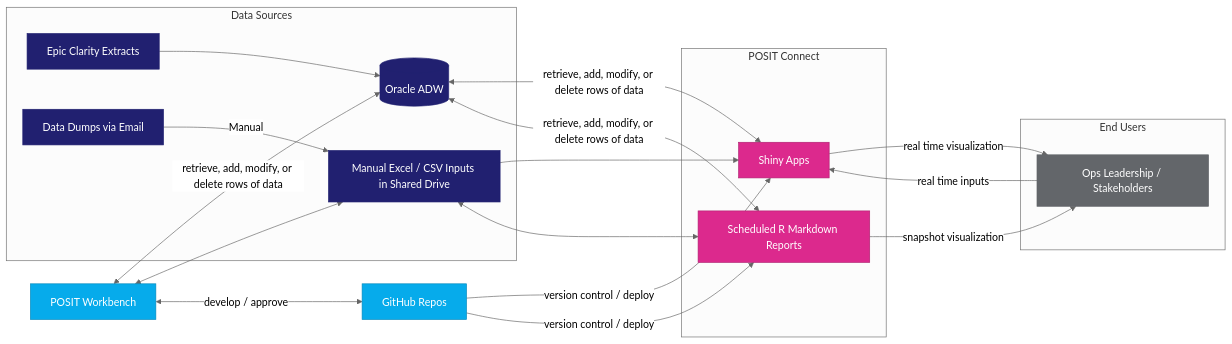
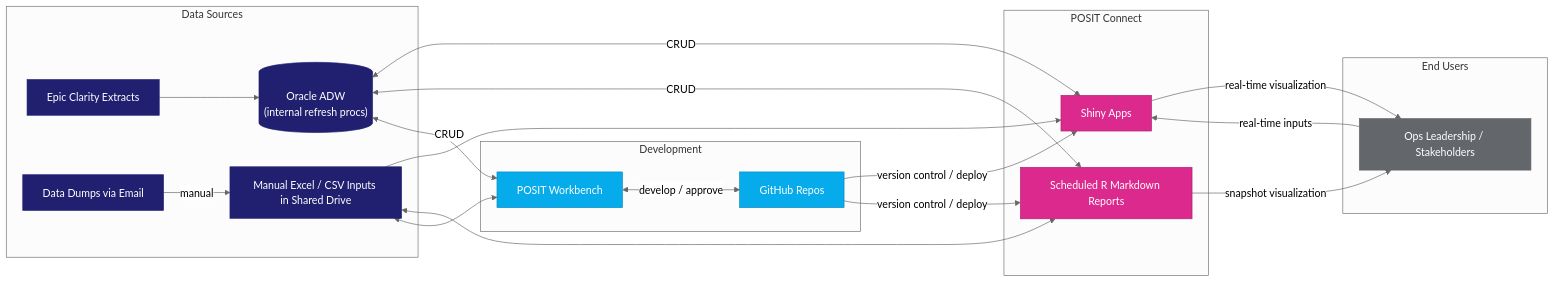
The diagram in Databricks/README.md (MSHS-OAO/Databricks-Tableau-User-Guide), drawn with Mermaid (neutral theme) before and after one commit. The commit also changed other lines of this file, not shown here.

Commit message:
Update flowchart in README.md for clarity

````diff
--- a/Databricks/README.md
+++ b/Databricks/README.md
@@ -2,47 +2,44 @@
 ```mermaid
 flowchart LR
     subgraph Sources["Data Sources"]
         EPIC[Epic Clarity Extracts]
-        ORA[(Oracle ADW)]
+        ORA[("Oracle ADW<br>(internal refresh procs)")]
         EMAIL[Data Dumps via Email]
         XLS[Manual Excel / CSV Inputs in Shared Drive]
     end
-
+    subgraph DevOps["Development"]
+        RS[POSIT Workbench]
+        GH[GitHub Repos]
+    end
     subgraph Deploy["POSIT Connect"]
         SHINY[Shiny Apps]
         RPT[Scheduled R Markdown Reports]
     end
-
-    GH[GitHub Repos]
-    RS[POSIT Workbench]
-
     subgraph Users["End Users"]
         USR[Ops Leadership / Stakeholders]
     end
 
     EPIC --> ORA
-    ORA <-->|retrieve, add, modify, or delete rows of data| SHINY
-    ORA <-->|retrieve, add, modify, or delete rows of data| RPT
-    EMAIL -->|Manual| XLS
+    EMAIL -->|manual| XLS
+    ORA <-->|CRUD| SHINY
+    ORA <-->|CRUD| RPT
+    ORA <-->|CRUD| RS
     XLS --> SHINY
     XLS <--> RPT
+    XLS <--> RS
+    RS <-->|develop / approve| GH
     GH -->|version control / deploy| SHINY
     GH -->|version control / deploy| RPT
-    SHINY -->|real time visualization| USR
+    SHINY -->|real-time visualization| USR
     RPT -->|snapshot visualization| USR
-    USR -->|real time inputs| SHINY
-    RS <-->|develop / approve|GH
-    RS <-->|retrieve, add, modify, or delete rows of data| ORA
-    RS <--> XLS
-    
+    USR -->|real-time inputs| SHINY
 
     classDef navy fill:#212070,stroke:#212070,color:#ffffff
     classDef cyan fill:#06ABEB,stroke:#0689BC,color:#ffffff
     classDef magenta fill:#DC298D,stroke:#B02171,color:#ffffff
     classDef gray fill:#63666A,stroke:#63666A,color:#ffffff
-
     class EPIC,ORA,EMAIL,XLS navy
-    class GH,RS cyan
+    class RS,GH cyan
     class SHINY,RPT magenta
     class USR gray
 ```
````
